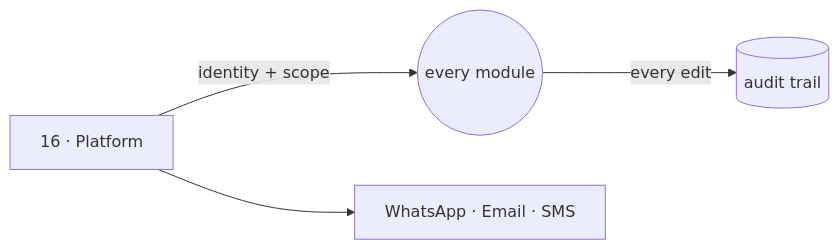
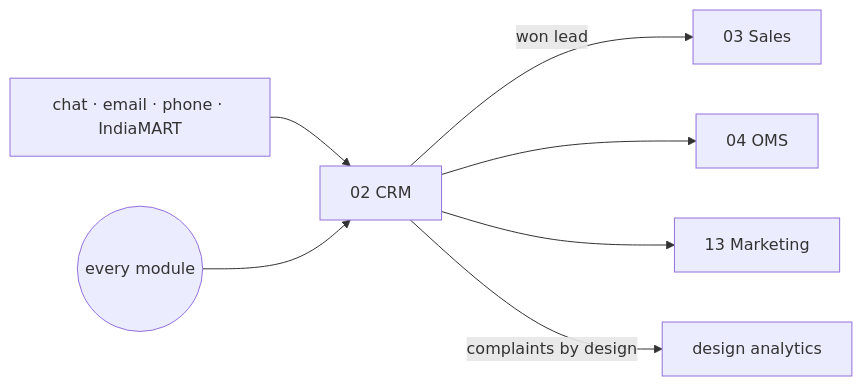
The third of 17 diagrams in PLAN_OF_ACTION.md (vastrangam/AI_Content_Engine), drawn with Mermaid before and after one commit. The commit also changed other lines of this file and 1 other file, not shown here.

First line of the commit message:
Build order is 01 to 16, in sequence — stop reordering it

````diff
--- a/PLAN_OF_ACTION.md
+++ b/PLAN_OF_ACTION.md
@@ -246,6 +141,9 @@
 ```mermaid
 flowchart LR
-    M16[16 · Platform] -->|identity + scope| ALL((every module))
-    ALL -->|every edit| AUD[(audit trail)]
-    M16 --> WA[WhatsApp · Email · SMS]
+  CH[chat · email · phone · IndiaMART] --> C[02 CRM]
+  C -->|won lead| S[03 Sales]
+  C --> O[04 OMS]
+  C --> M[13 Marketing]
+  ALL((every module)) --> C
+  C -->|complaints by design| AN[design analytics]
 ```
````
